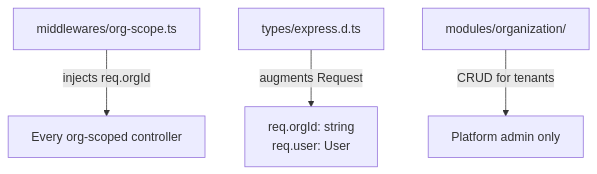
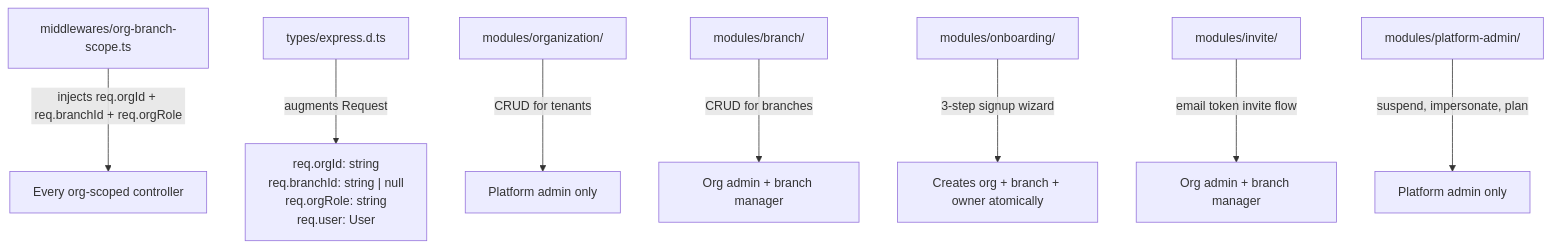
The fourth of 5 diagrams in SERVER_STRUCTURE_PLAN.md (Jhay1413/travana-V2), drawn with Mermaid before and after one commit. The commit also changed other lines of this file and 312 other files, not shown here.

````diff
--- a/SERVER_STRUCTURE_PLAN.md
+++ b/SERVER_STRUCTURE_PLAN.md
@@ -383,6 +408,10 @@
 ```mermaid
 graph TD
-    A[middlewares/org-scope.ts] -->|"injects req.orgId"| B[Every org-scoped controller]
-    C[types/express.d.ts] -->|"augments Request"| D["req.orgId: string\nreq.user: User"]
+    A[middlewares/org-branch-scope.ts] -->|"injects req.orgId + req.branchId + req.orgRole"| B[Every org-scoped controller]
+    C[types/express.d.ts] -->|"augments Request"| D["req.orgId: string\nreq.branchId: string | null\nreq.orgRole: string\nreq.user: User"]
     E[modules/organization/] -->|"CRUD for tenants"| F[Platform admin only]
+    G[modules/branch/] -->|"CRUD for branches"| H[Org admin + branch manager]
+    I[modules/onboarding/] -->|"3-step signup wizard"| J[Creates org + branch + owner atomically]
+    K[modules/invite/] -->|"email token invite flow"| L[Org admin + branch manager]
+    M[modules/platform-admin/] -->|"suspend, impersonate, plan"| N[Platform admin only]
 ```
````
